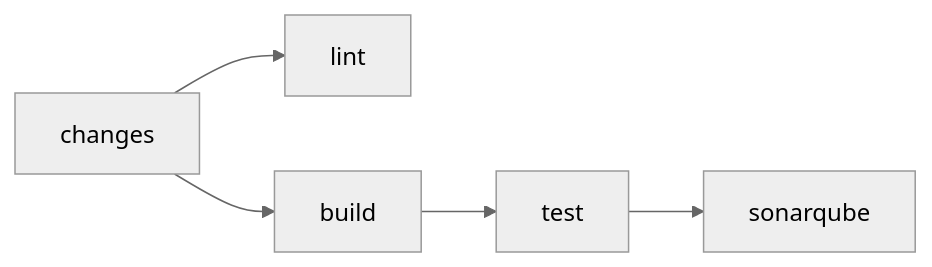
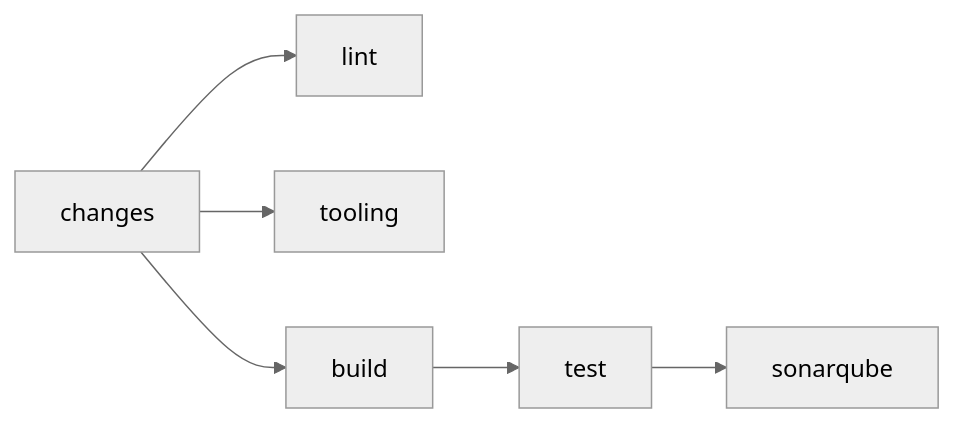
Before and after one commit to SoltuneMontepre/medilab: the diagram in docs/infrastructure/pipelines.md, drawn with Mermaid (neutral theme). The commit also changed other lines of this file and 7 other files, not shown here.

````diff
--- a/docs/infrastructure/pipelines.md
+++ b/docs/infrastructure/pipelines.md
@@ -19,5 +19,6 @@
 ```mermaid
 flowchart LR
     changes --> lint
+    changes --> tooling
     changes --> build --> test --> sonarqube
 ```
````
